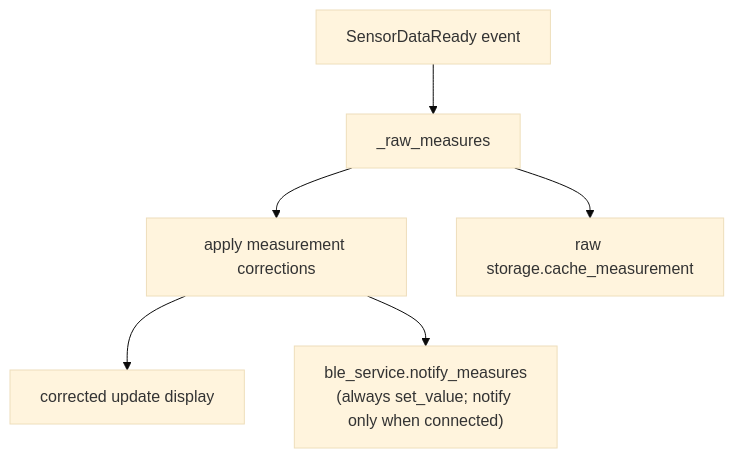
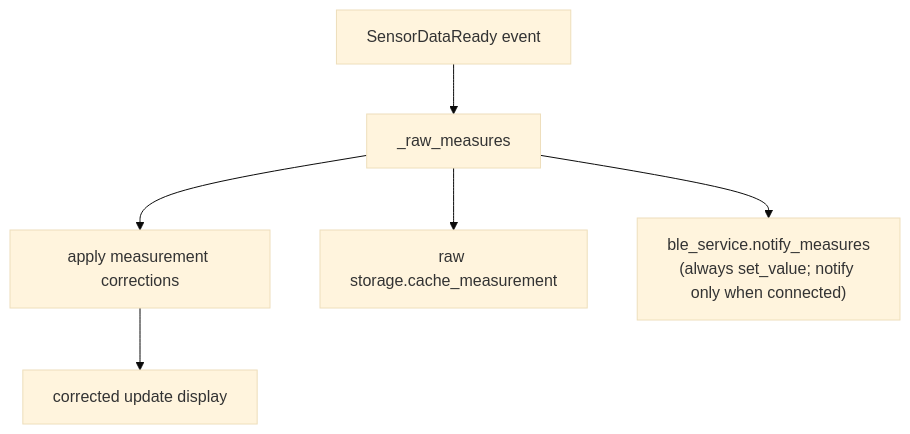
One commit to mattMRBH/firmware-core changed the third of 5 diagrams in products/go/docs/ble_service.md. Above: the diagram before and after it, drawn with Mermaid (base theme). The commit also changed other lines of this file and 15 other files, not shown here.

````diff
--- a/products/go/docs/ble_service.md
+++ b/products/go/docs/ble_service.md
@@ -1090,15 +1122,15 @@
 ```mermaid
   flowchart TD
     Event["SensorDataReady event"]
     Raw["_raw_measures"]
     Corrected["apply measurement corrections"]
     Cache["raw storage.cache_measurement"]
     Display["corrected update display"]
     Notify["ble_service.notify_measures<br/>(always set_value; notify only when connected)"]
 
     Event --> Raw
     Raw --> Cache
+    Raw --> Notify
     Raw --> Corrected
     Corrected --> Display
-    Corrected --> Notify
   ```
````
